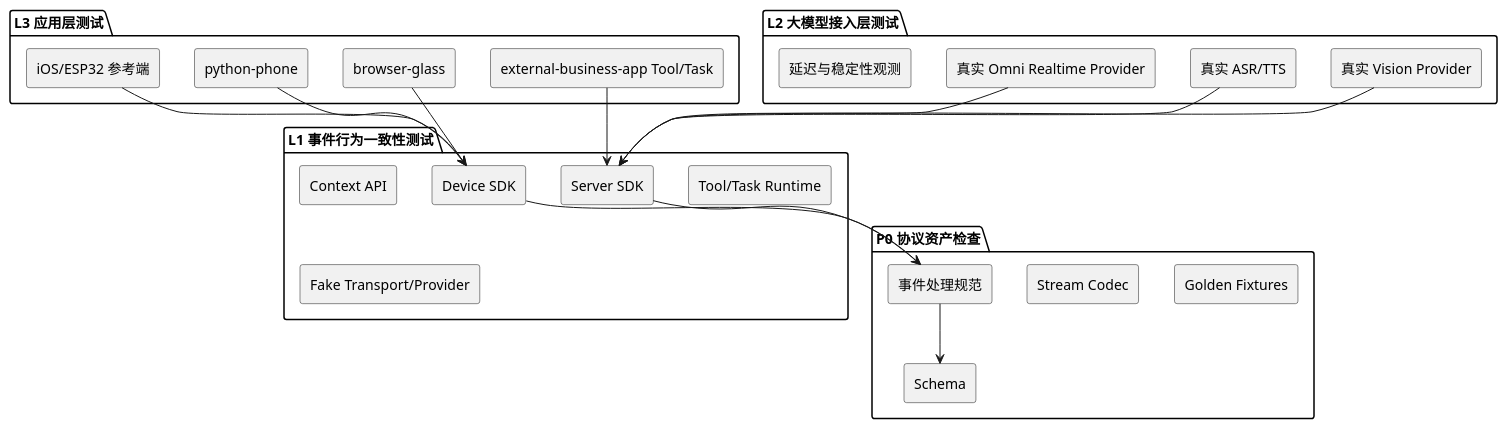
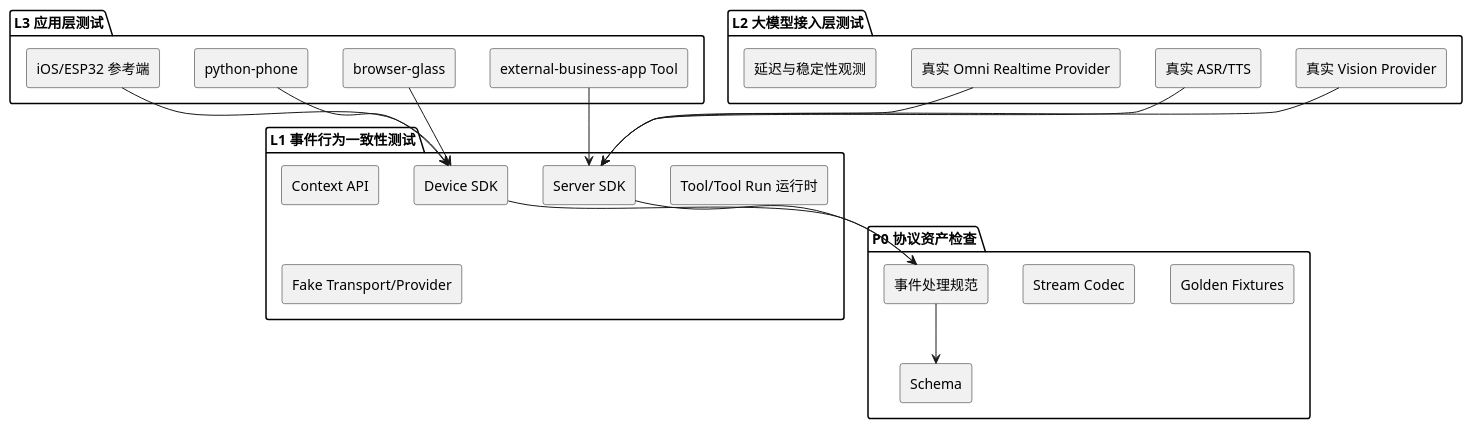
One commit to HengeLiu/RealtimeAgent changed the diagram in docs/internal/regression-test-strategy.md. Above: the diagram before and after it, drawn with PlantUML. The commit also changed other lines of this file and 56 other files, not shown here.

````diff
--- a/docs/internal/regression-test-strategy.md
+++ b/docs/internal/regression-test-strategy.md
@@ -51,45 +51,45 @@
 ```plantuml
 @startuml
 skinparam componentStyle rectangle
 
 package "L3 应用层测试" {
-  [external-business-app Tool/Task]
+  [external-business-app Tool]
   [browser-glass]
   [python-phone]
   [iOS/ESP32 参考端]
 }
 
 package "L2 大模型接入层测试" {
   [真实 Vision Provider]
   [真实 ASR/TTS]
   [真实 Omni Realtime Provider]
   [延迟与稳定性观测]
 }
 
 package "L1 事件行为一致性测试" {
   [Server SDK]
   [Device SDK]
   [Context API]
-  [Tool/Task Runtime]
+  [Tool/Tool Run 运行时]
   [Fake Transport/Provider]
 }
 
 package "P0 协议资产检查" {
   [Schema]
   [Golden Fixtures]
   [Stream Codec]
   [事件处理规范]
 }
 
-[external-business-app Tool/Task] --> [Server SDK]
+[external-business-app Tool] --> [Server SDK]
 [browser-glass] --> [Device SDK]
 [python-phone] --> [Device SDK]
 [iOS/ESP32 参考端] --> [Device SDK]
 [Server SDK] --> [事件处理规范]
 [Device SDK] --> [事件处理规范]
 [事件处理规范] --> [Schema]
 [真实 Vision Provider] --> [Server SDK]
 [真实 ASR/TTS] --> [Server SDK]
 [真实 Omni Realtime Provider] --> [Server SDK]
 @enduml
 ```
````
